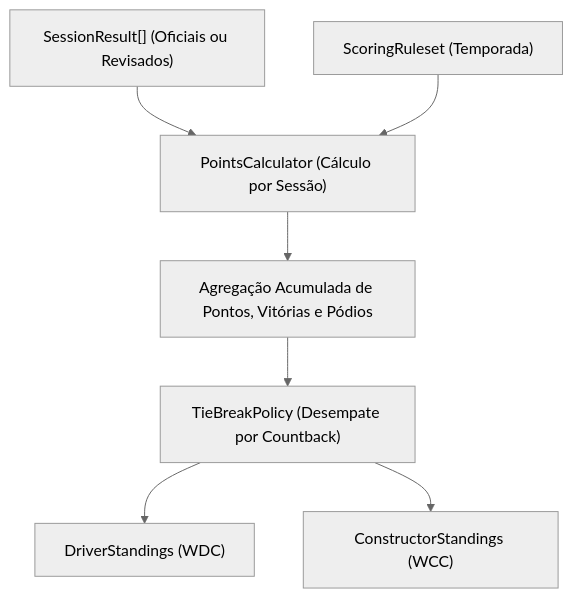
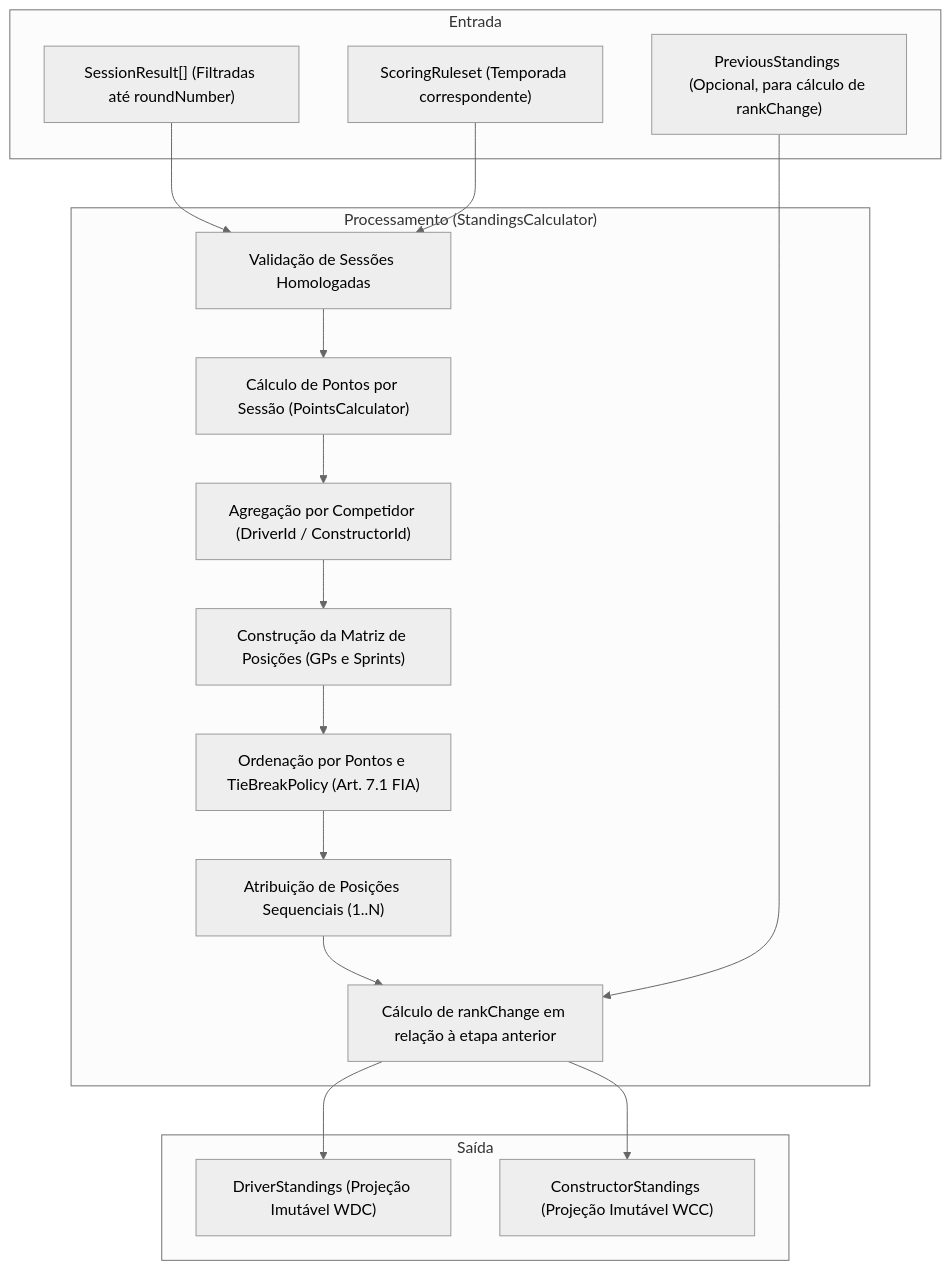
Before and after one commit to Joao147258/f1atlas: the diagram in docs/domain/championships.md, drawn with Mermaid (neutral theme). The commit also changed other lines of this file and 167 other files, not shown here.

````diff
--- a/docs/domain/championships.md
+++ b/docs/domain/championships.md
@@ -48,14 +79,32 @@
 ```mermaid
 flowchart TD
-    Results["SessionResult[] (Oficiais ou Revisados)"]
-    Ruleset["ScoringRuleset (Temporada)"]
-    
-    Results & Ruleset --> PCalc["PointsCalculator (Cálculo por Sessão)"]
-    
-    PCalc --> Agg["Agregação Acumulada de Pontos, Vitórias e Pódios"]
-    
-    Agg --> Tie["TieBreakPolicy (Desempate por Countback)"]
-    
-    Tie --> WDC["DriverStandings (WDC)"]
-    Tie --> WCC["ConstructorStandings (WCC)"]
+    subgraph Entrada
+        Results["SessionResult[] (Filtradas até roundNumber)"]
+        Ruleset["ScoringRuleset (Temporada correspondente)"]
+        Prev["PreviousStandings (Opcional, para cálculo de rankChange)"]
+    end
+
+    subgraph "Processamento (StandingsCalculator)"
+        Filter["Validação de Sessões Homologadas"]
+        CalcPoints["Cálculo de Pontos por Sessão (PointsCalculator)"]
+        MapEntries["Agregação por Competidor (DriverId / ConstructorId)"]
+        Matrix["Construção da Matriz de Posições (GPs e Sprints)"]
+        Sort["Ordenação por Pontos e TieBreakPolicy (Art. 7.1 FIA)"]
+        RankAssign["Atribuição de Posições Sequenciais (1..N)"]
+        Diff["Cálculo de rankChange em relação à etapa anterior"]
+    end
+
+    subgraph Saída
+        WDC["DriverStandings (Projeção Imutável WDC)"]
+        WCC["ConstructorStandings (Projeção Imutável WCC)"]
+    end
+
+    Results & Ruleset --> Filter
+    Filter --> CalcPoints
+    CalcPoints --> MapEntries
+    MapEntries --> Matrix
+    Matrix --> Sort
+    Sort --> RankAssign
+    RankAssign & Prev --> Diff
+    Diff --> WDC & WCC
 ```
````
